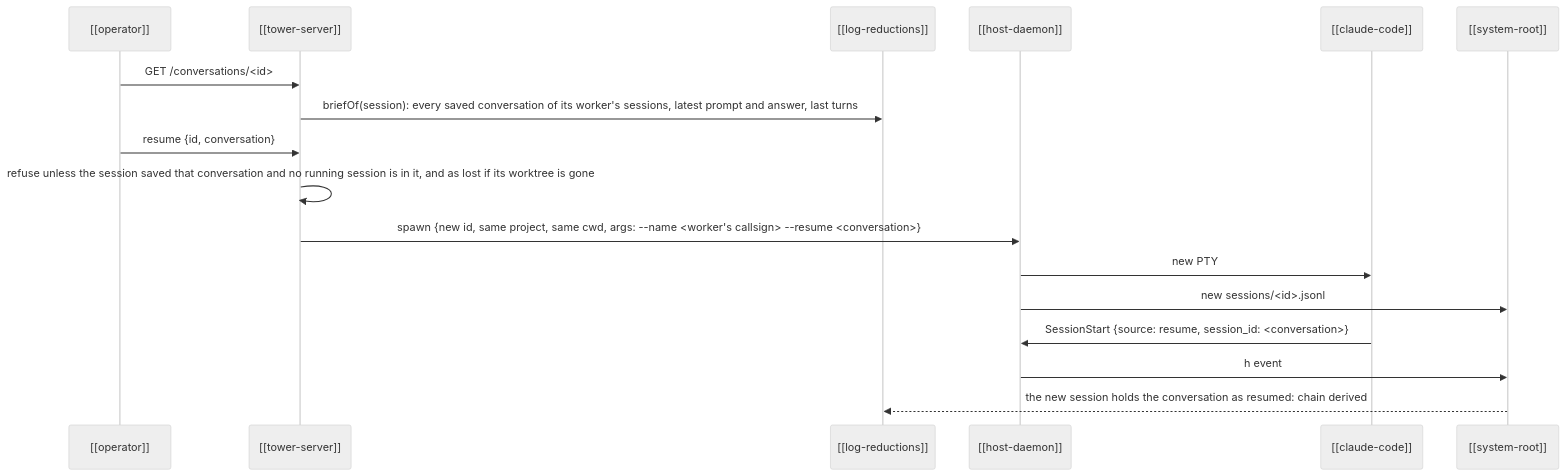
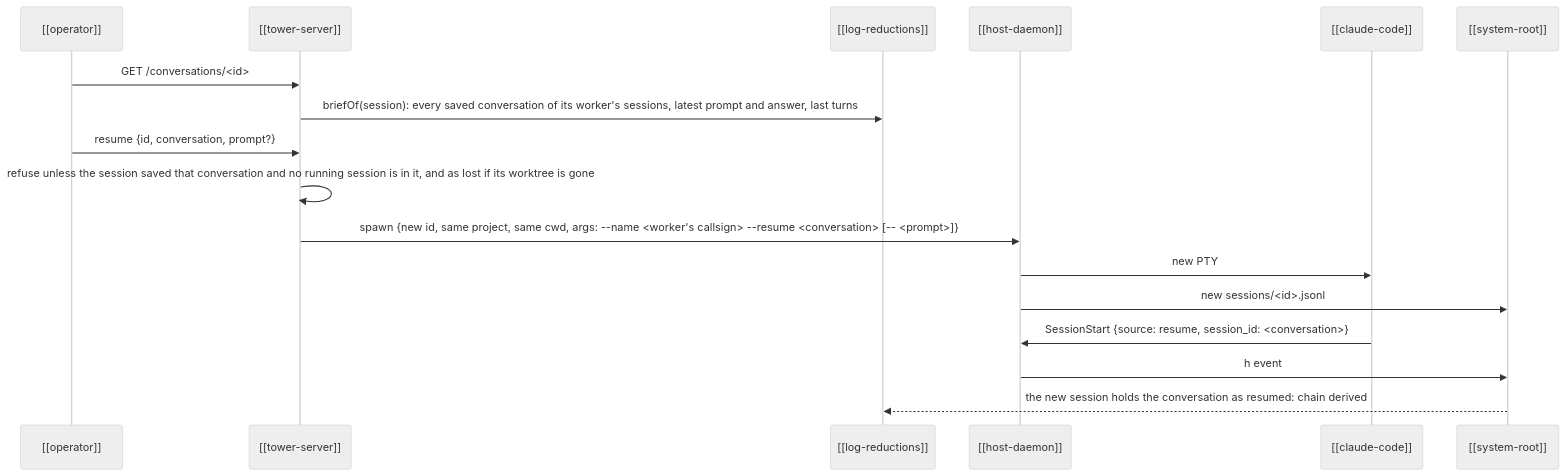
Before and after one commit to RegiByte/the-tower: the diagram in kb/entities/flows/resume.md, drawn with Mermaid (neutral theme). The commit also changed other lines of this file and 27 other files, not shown here.

First line of the commit message:
A worker the host cut off mid-turn carries on: cutOff on the card, and a carry-on that resumes it on a prompt

````diff
--- a/kb/entities/flows/resume.md
+++ b/kb/entities/flows/resume.md
@@ -12,19 +12,19 @@
 ```mermaid
 sequenceDiagram
   participant O as [[operator]]
   participant T as [[tower-server]]
   participant F as [[log-reductions]]
   participant H as [[host-daemon]]
   participant C as [[claude-code]]
   participant R as [[system-root]]
   O->>T: GET /conversations/<id>
   T->>F: briefOf(session): every saved conversation of its worker's sessions, latest prompt and answer, last turns
-  O->>T: resume {id, conversation}
+  O->>T: resume {id, conversation, prompt?}
   T->>T: refuse unless the session saved that conversation and no running session is in it, and as lost if its worktree is gone
-  T->>H: spawn {new id, same project, same cwd, args: --name <worker's callsign> --resume <conversation>}
+  T->>H: spawn {new id, same project, same cwd, args: --name <worker's callsign> --resume <conversation> [-- <prompt>]}
   H->>C: new PTY
   H->>R: new sessions/<id>.jsonl
   C->>H: SessionStart {source: resume, session_id: <conversation>}
   H->>R: h event
   R-->>F: the new session holds the conversation as resumed: chain derived
 ```
````
